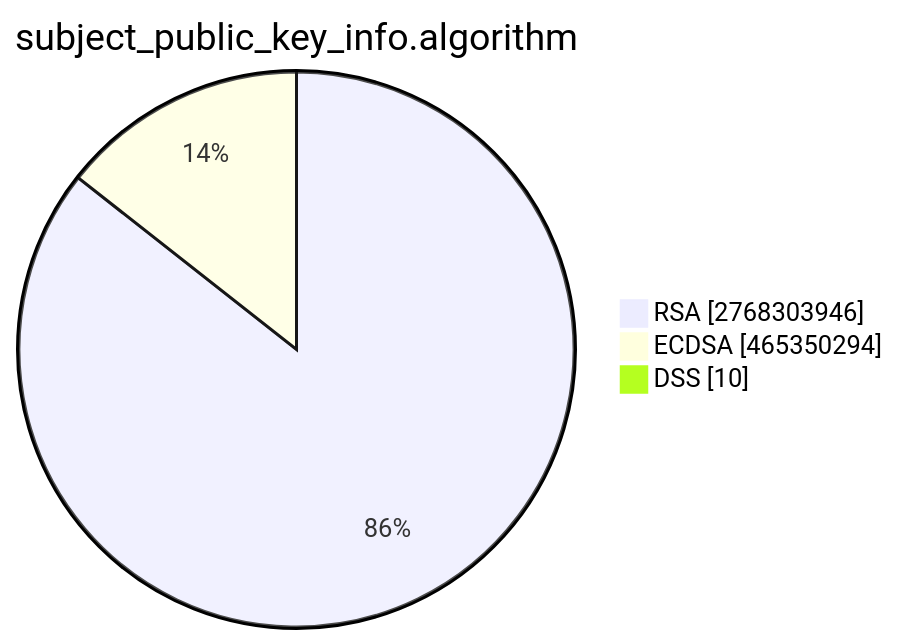
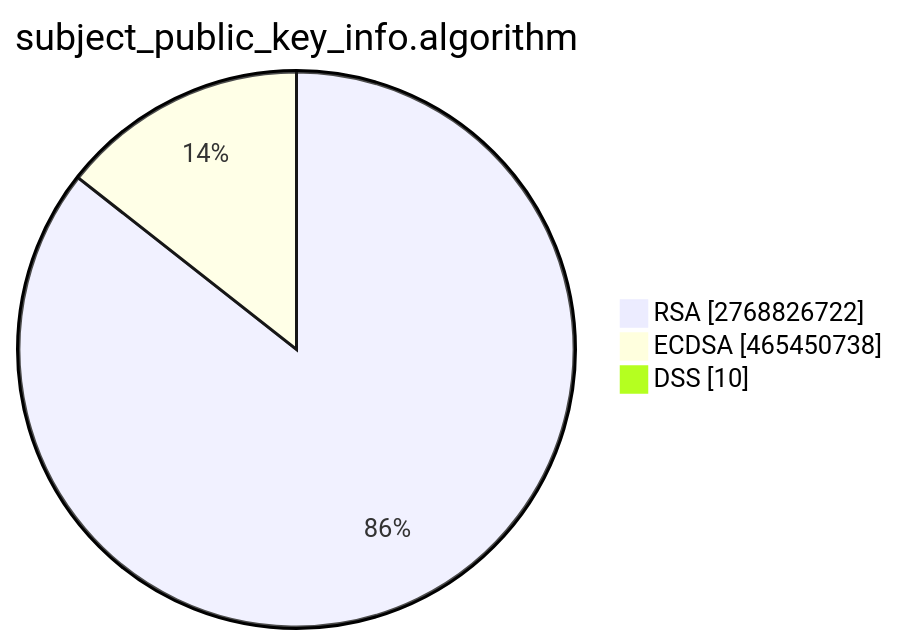
One commit to christiankrug/ctmonitor_visualization changed the second of 15 diagrams in TOTAL/README.md. Above: the diagram before and after it, drawn with Mermaid. The commit also changed other lines of this file, not shown here.

````diff
--- a/TOTAL/README.md
+++ b/TOTAL/README.md
@@ -6,7 +6,7 @@
 ```mermaid
 pie showData
 title subject_public_key_info.algorithm
-"RSA" :2768303946
-"ECDSA" :465350294
+"RSA" :2768826722
+"ECDSA" :465450738
 "DSS" :10
 ```
````
